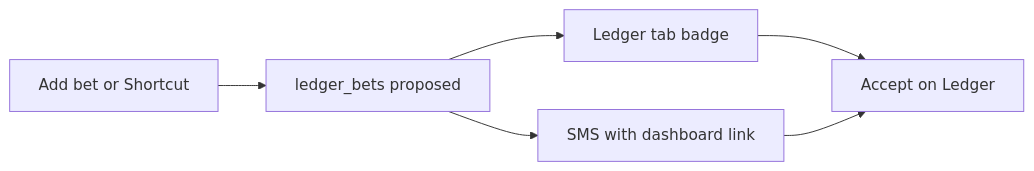
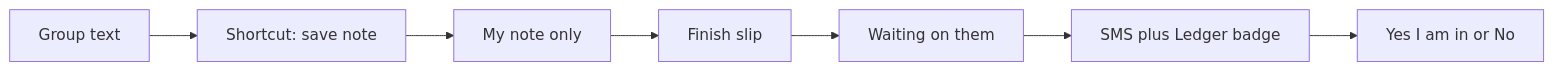
One commit to slabslip/cuckle-trade-tracker changed the diagram in docs/plans/ledger_compose_and_alerts.md. Above: the diagram before and after it, drawn with Mermaid. The commit also changed other lines of this file and 4 other files, not shown here.

First line of the commit message:
Refine Ledger plan: note first, Send before SMS or badge.

````diff
--- a/docs/plans/ledger_compose_and_alerts.md
+++ b/docs/plans/ledger_compose_and_alerts.md
@@ -10,12 +11,12 @@
 ```mermaid
 flowchart LR
-  add[Add bet or Shortcut]
-  row[ledger_bets proposed]
-  bell[Ledger tab badge]
-  sms[SMS with dashboard link]
-  accept[Accept on Ledger]
-  add --> row --> bell
-  row --> sms
-  bell --> accept
-  sms --> accept
+  txt[Group text]
+  sc[Shortcut: save note]
+  draft[My note only]
+  finish[Finish slip]
+  sent[Waiting on them]
+  sms[SMS plus Ledger badge]
+  yes[Yes I am in or No]
+  txt --> sc --> draft --> finish --> sent
+  sent --> sms --> yes
 ```
````
